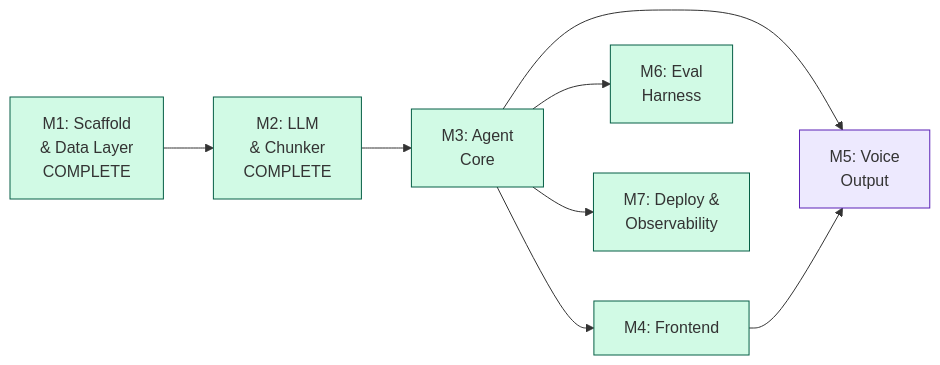
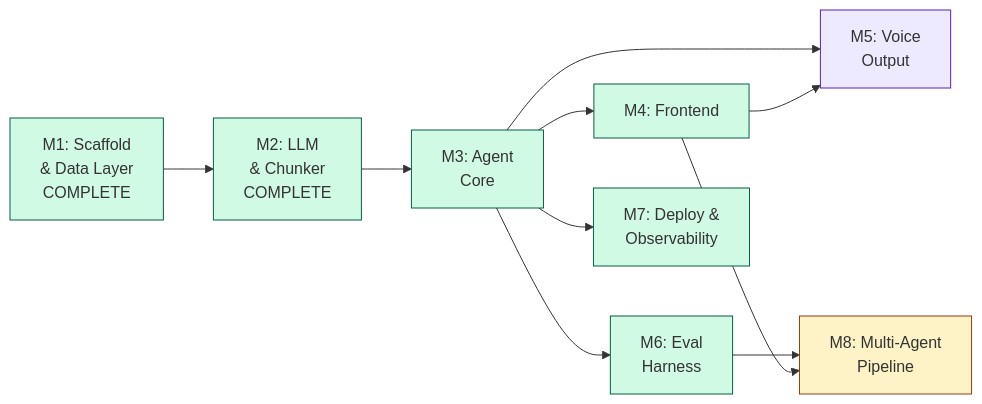
The third of 3 diagrams in architecture.md (darth-dodo/voxpopuli), drawn with Mermaid before and after one commit. The commit also changed other lines of this file and 1 other file, not shown here.

First line of the commit message:
feat: v2 multi agent spec (#14)

````diff
--- a/architecture.md
+++ b/architecture.md
@@ -692,18 +1031,21 @@
 ```mermaid
 graph LR
     M1["M1: Scaffold<br/>& Data Layer<br/>COMPLETE"] --> M2["M2: LLM<br/>& Chunker<br/>COMPLETE"]
     M2 --> M3["M3: Agent<br/>Core"]
     M3 --> M4["M4: Frontend"]
     M3 --> M5["M5: Voice<br/>Output"]
     M3 --> M6["M6: Eval<br/>Harness"]
     M4 --> M5
     M3 --> M7["M7: Deploy &<br/>Observability"]
+    M6 --> M8["M8: Multi-Agent<br/>Pipeline"]
+    M4 --> M8
 
     style M1 fill:#d1fae5,stroke:#065f46
     style M2 fill:#d1fae5,stroke:#065f46
     style M3 fill:#d1fae5,stroke:#065f46
     style M4 fill:#d1fae5,stroke:#065f46
     style M5 fill:#ede9fe,stroke:#5b21b6
     style M6 fill:#d1fae5,stroke:#065f46
     style M7 fill:#d1fae5,stroke:#065f46
+    style M8 fill:#fef3c7,stroke:#92400e
 ```
````
